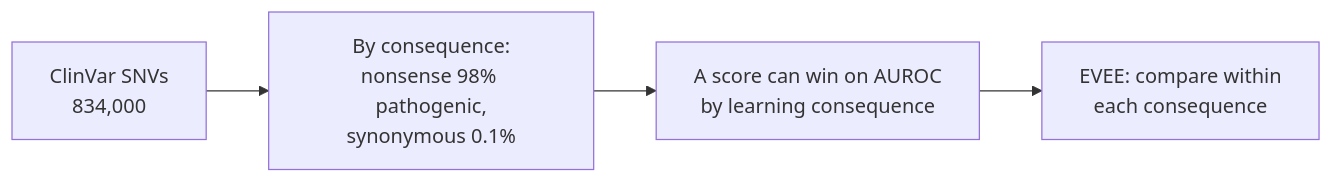
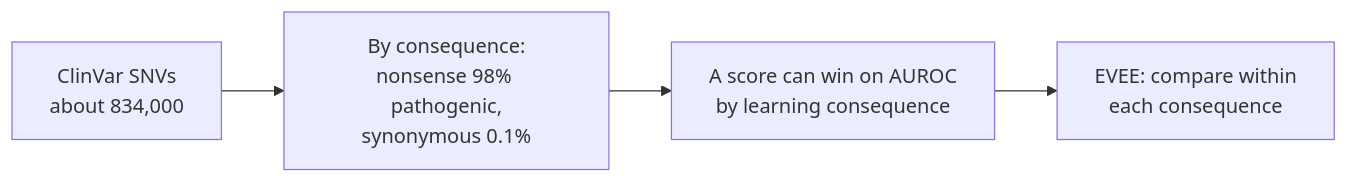
One commit to rewire-bio/amp-2026-studies changed diagram 15 of 16 in GUIDE.md. Above: the diagram before and after it, drawn with Mermaid. The commit also changed other lines of this file and 1 other file, not shown here.

````diff
--- a/GUIDE.md
+++ b/GUIDE.md
@@ -303,6 +344,6 @@
 ```mermaid
 flowchart LR
-    cv["ClinVar SNVs<br/>834,000"] --> con["By consequence:<br/>nonsense 98% pathogenic,<br/>synonymous 0.1%"]
+    cv["ClinVar SNVs<br/>about 834,000"] --> con["By consequence:<br/>nonsense 98% pathogenic,<br/>synonymous 0.1%"]
     con --> trap["A score can win on AUROC<br/>by learning consequence"]
     trap --> fix["EVEE: compare within<br/>each consequence"]
 ```
````
